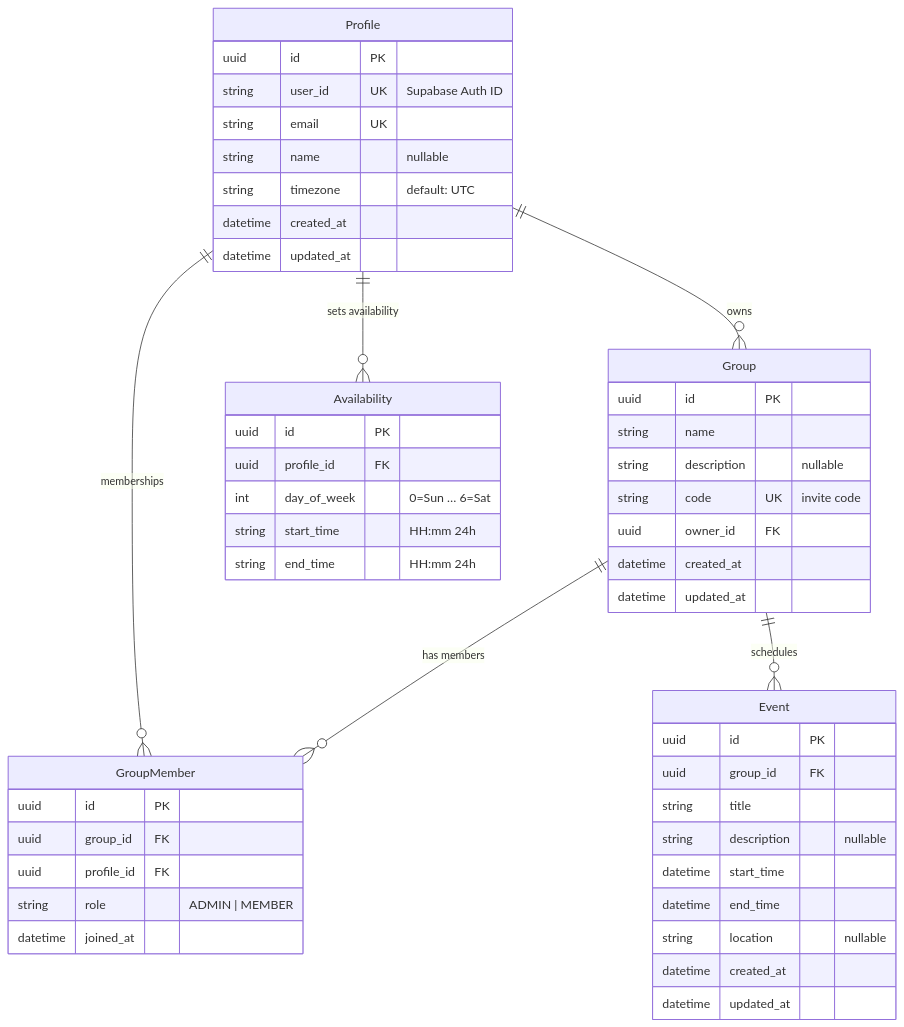
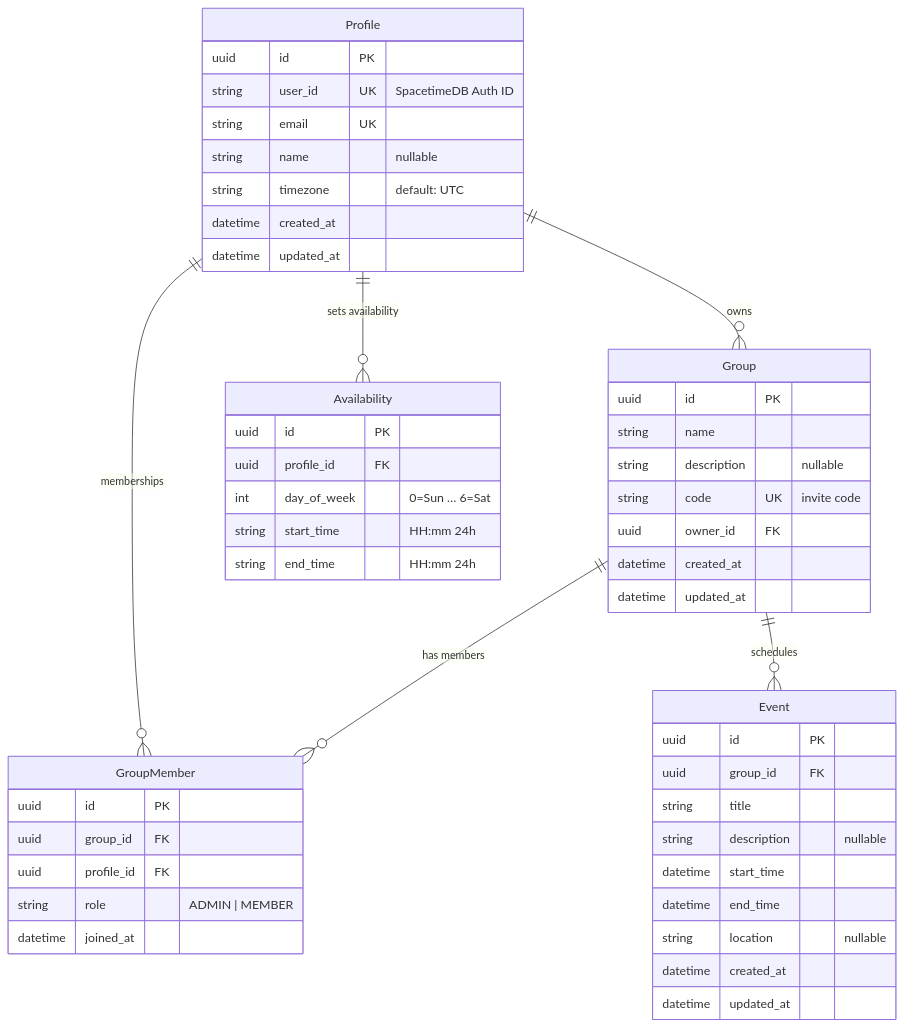
Before and after one commit to Se7enSe7enSe7en/time-sync-event-scheduler: the diagram in specs/erd.md, drawn with Mermaid. The commit also changed other lines of this file and 10 other files, not shown here.

Commit message:
spec: changed the specs from supabase to spacetimeDB

````diff
--- a/specs/erd.md
+++ b/specs/erd.md
@@ -3,58 +3,58 @@
 ```mermaid
 erDiagram
     direction TB
 
     Profile {
         uuid id PK
-        string user_id UK "Supabase Auth ID"
+        string user_id UK "SpacetimeDB Auth ID"
         string email UK
         string name "nullable"
         string timezone "default: UTC"
         datetime created_at
         datetime updated_at
     }
 
     Group {
         uuid id PK
         string name
         string description "nullable"
         string code UK "invite code"
         uuid owner_id FK
         datetime created_at
         datetime updated_at
     }
 
     GroupMember {
         uuid id PK
         uuid group_id FK
         uuid profile_id FK
         string role "ADMIN | MEMBER"
         datetime joined_at
     }
 
     Availability {
         uuid id PK
         uuid profile_id FK
         int day_of_week "0=Sun … 6=Sat"
         string start_time "HH:mm 24h"
         string end_time "HH:mm 24h"
     }
 
     Event {
         uuid id PK
         uuid group_id FK
         string title
         string description "nullable"
         datetime start_time
         datetime end_time
         string location "nullable"
         datetime created_at
         datetime updated_at
     }
 
     Profile ||--o{ Group : "owns"
     Profile ||--o{ GroupMember : "memberships"
     Profile ||--o{ Availability : "sets availability"
     Group ||--o{ GroupMember : "has members"
     Group ||--o{ Event : "schedules"
 ```
````
